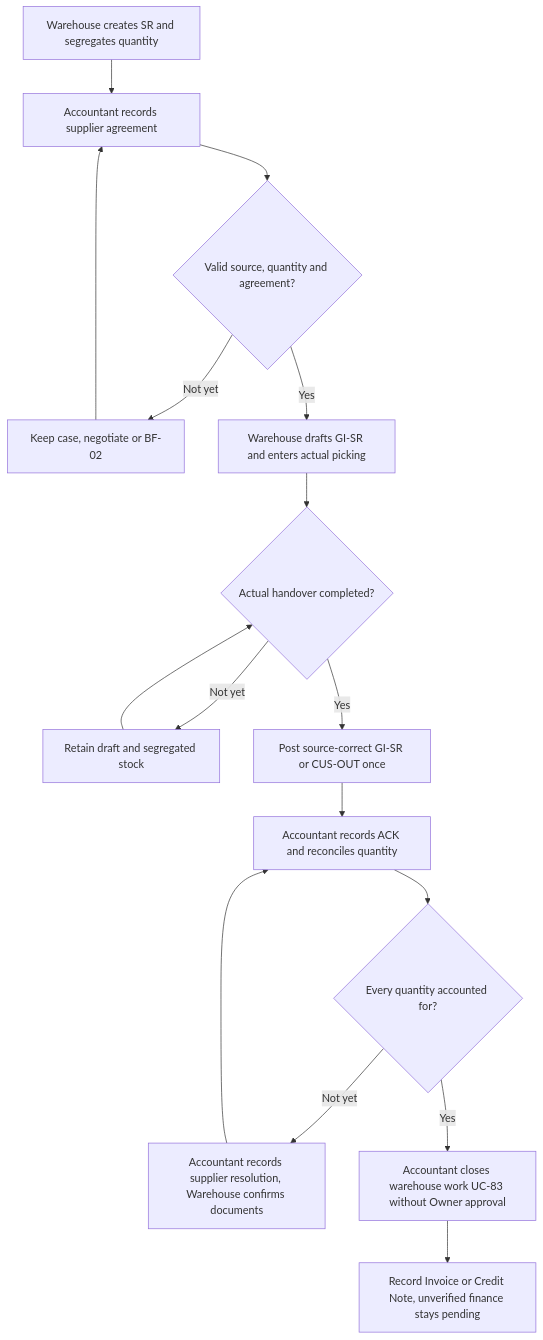
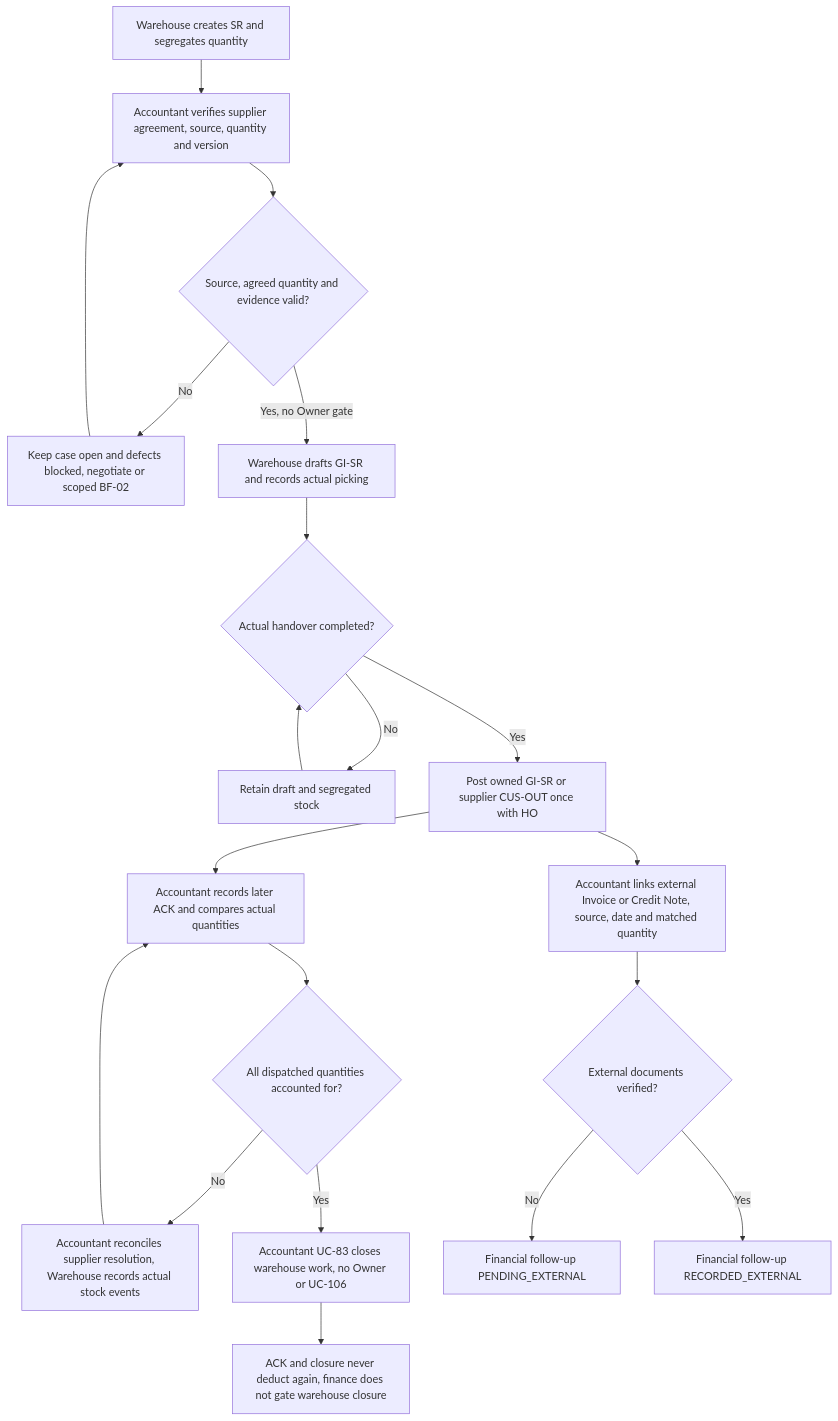
One commit to minhbach032003/docs_doan changed the ninth of 9 diagrams in docs/02_nghiep_vu/de_xuat_quy_trinh_2_EN.md. Above: the diagram before and after it, drawn with Mermaid. The commit also changed other lines of this file and 25 other files, not shown here.

````diff
--- a/docs/02_nghiep_vu/de_xuat_quy_trinh_2_EN.md
+++ b/docs/02_nghiep_vu/de_xuat_quy_trinh_2_EN.md
@@ -853,18 +893,23 @@
 ```mermaid
+%% WMSD business baseline 3.1.0 - synchronized 2026-10-25
 flowchart TD
- A[Warehouse creates SR and segregates quantity] --> B[Accountant records supplier agreement]
- B --> C{Valid source, quantity and agreement?}
- C -->|Not yet| D[Keep case, negotiate or BF-02]
+ A[Warehouse creates SR and segregates quantity] --> B[Accountant verifies supplier agreement, source, quantity and version]
+ B --> C{Source, agreed quantity and evidence valid?}
+ C -->|No| D[Keep case open and defects blocked, negotiate or scoped BF-02]
  D --> B
- C -->|Yes| G[Warehouse drafts GI-SR and enters actual picking]
+ C -->|Yes, no Owner gate| G[Warehouse drafts GI-SR and records actual picking]
  G --> H{Actual handover completed?}
- H -->|Not yet| W[Retain draft and segregated stock]
+ H -->|No| W[Retain draft and segregated stock]
  W --> H
- H -->|Yes| I[Post source-correct GI-SR or CUS-OUT once]
- I --> J[Accountant records ACK and reconciles quantity]
- J --> K{Every quantity accounted for?}
- K -->|Not yet| M[Accountant records supplier resolution, Warehouse confirms documents]
+ H -->|Yes| I[Post owned GI-SR or supplier CUS-OUT once with HO]
+ I --> J[Accountant records later ACK and compares actual quantities]
+ J --> K{All dispatched quantities accounted for?}
+ K -->|No| M[Accountant reconciles supplier resolution, Warehouse records actual stock events]
  M --> J
- K -->|Yes| L[Accountant closes warehouse work UC-83 without Owner approval]
- L --> N[Record Invoice or Credit Note, unverified finance stays pending]
+ K -->|Yes| L[Accountant UC-83 closes warehouse work, no Owner or UC-106]
+ I --> N[Accountant links external Invoice or Credit Note, source, date and matched quantity]
+ N --> N2{External documents verified?}
+ N2 -->|No| N3[Financial follow-up PENDING_EXTERNAL]
+ N2 -->|Yes| N4[Financial follow-up RECORDED_EXTERNAL]
+ L --> Z[ACK and closure never deduct again, finance does not gate warehouse closure]
 ```
````
